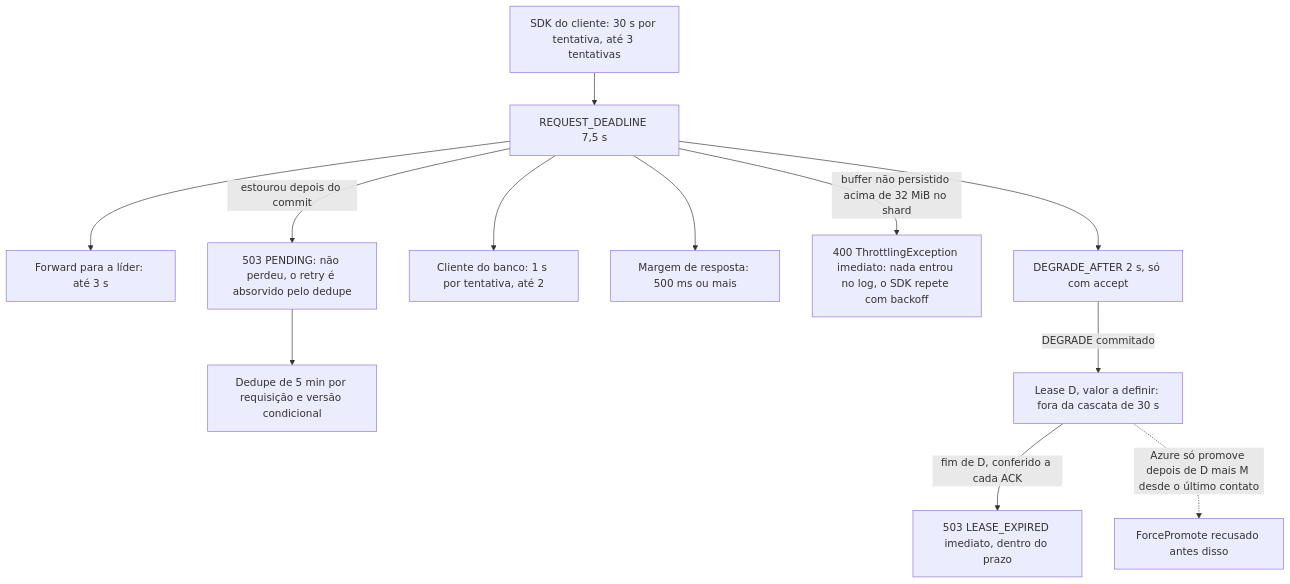
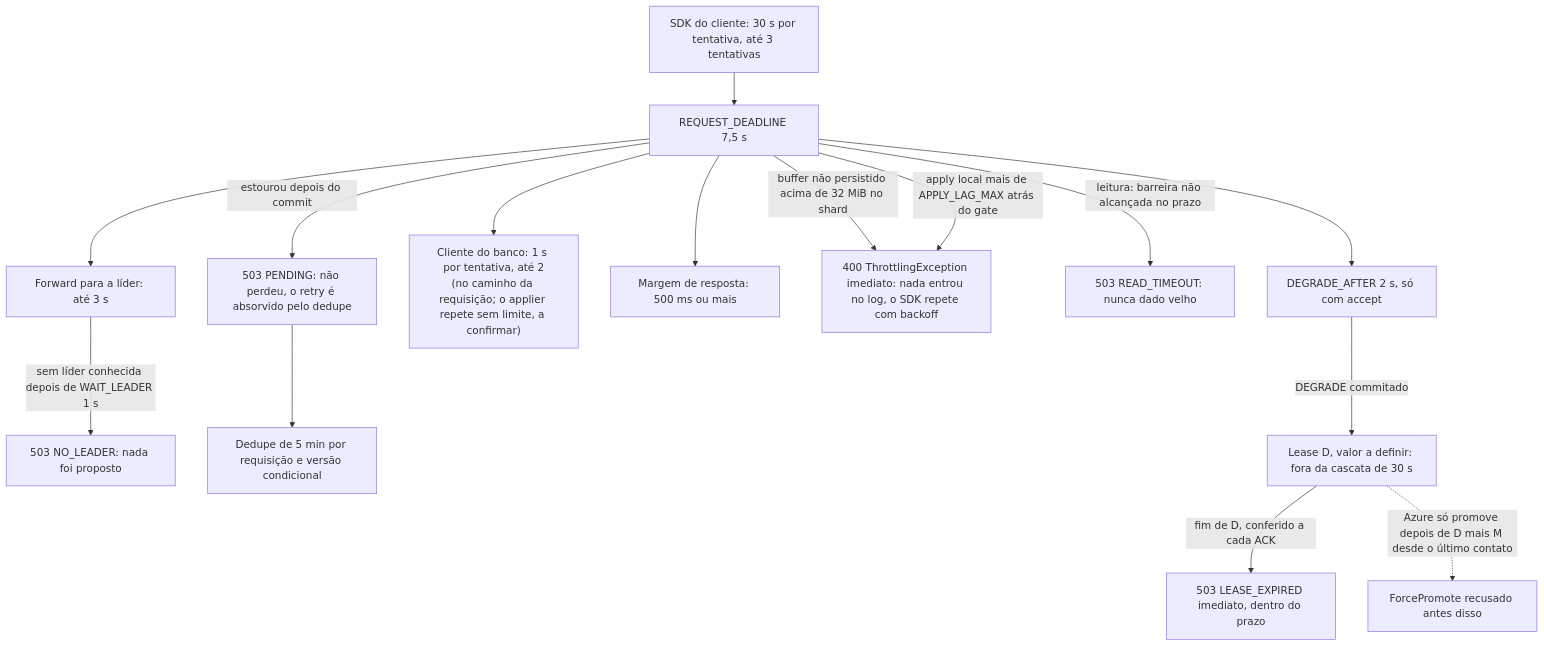
Before and after one commit to brbarmex/k: the diagram in doc/04_diagramas/D07-prazos-em-cascata.md, drawn with Mermaid. The commit also changed other lines of this file and 92 other files, not shown here.

````diff
--- a/doc/04_diagramas/D07-prazos-em-cascata.md
+++ b/doc/04_diagramas/D07-prazos-em-cascata.md
@@ -9,14 +9,17 @@
 ```mermaid
 flowchart TD
     SDK["SDK do cliente: 30 s por tentativa, até 3 tentativas"] --> API["REQUEST_DEADLINE 7,5 s"]
     API --> FWD["Forward para a líder: até 3 s"]
     API --> DEG["DEGRADE_AFTER 2 s, só com accept"]
-    API --> APPLY["Cliente do banco: 1 s por tentativa, até 2"]
+    API --> APPLY["Cliente do banco: 1 s por tentativa, até 2<br/>(no caminho da requisição; o applier repete sem limite, a confirmar)"]
     API --> MARGEM["Margem de resposta: 500 ms ou mais"]
     API -->|"buffer não persistido acima de 32 MiB no shard"| THR["400 ThrottlingException imediato: nada entrou no log, o SDK repete com backoff"]
+    API -->|"apply local mais de APPLY_LAG_MAX atrás do gate"| THR
+    FWD -->|"sem líder conhecida depois de WAIT_LEADER 1 s"| NL["503 NO_LEADER: nada foi proposto"]
+    API -->|"leitura: barreira não alcançada no prazo"| RT["503 READ_TIMEOUT: nunca dado velho"]
     API -->|"estourou depois do commit"| PEND["503 PENDING: não perdeu, o retry é absorvido pelo dedupe"]
     PEND --> DD["Dedupe de 5 min por requisição e versão condicional"]
     DEG -->|"DEGRADE commitado"| LEASE["Lease D, valor a definir: fora da cascata de 30 s"]
     LEASE -->|"fim de D, conferido a cada ACK"| LE["503 LEASE_EXPIRED imediato, dentro do prazo"]
     LEASE -.->|"Azure só promove depois de D mais M desde o último contato"| PROM["ForcePromote recusado antes disso"]
 ```
````
